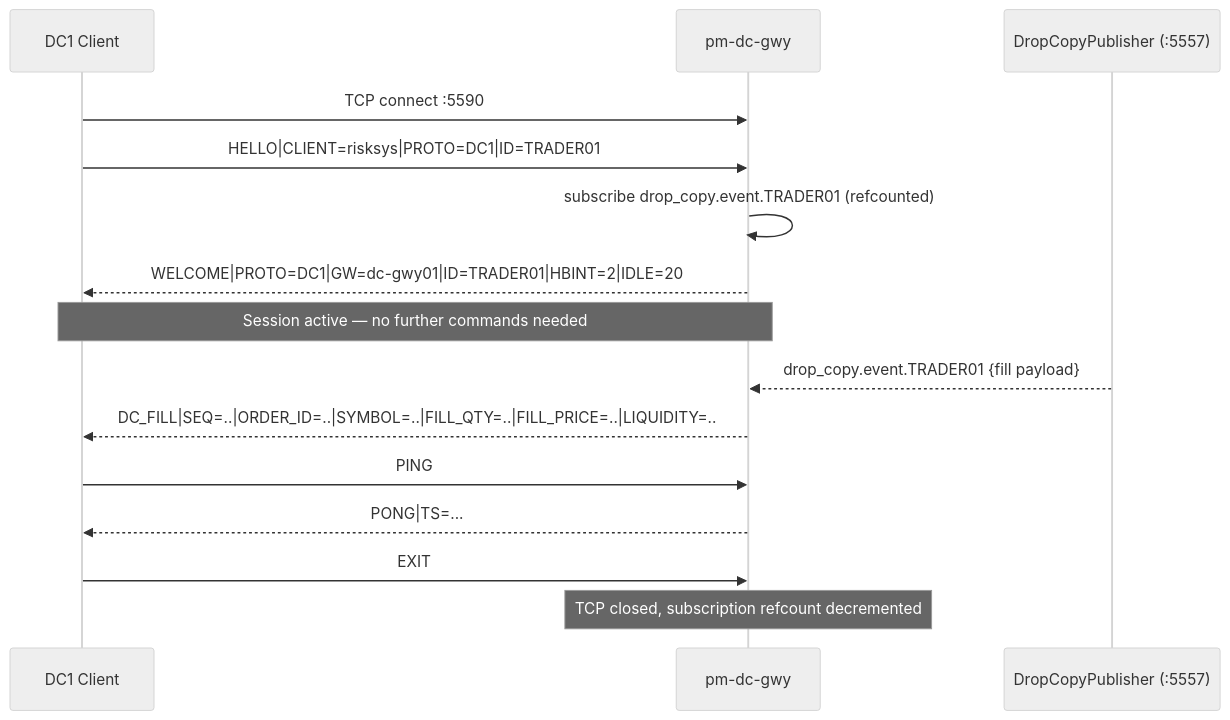
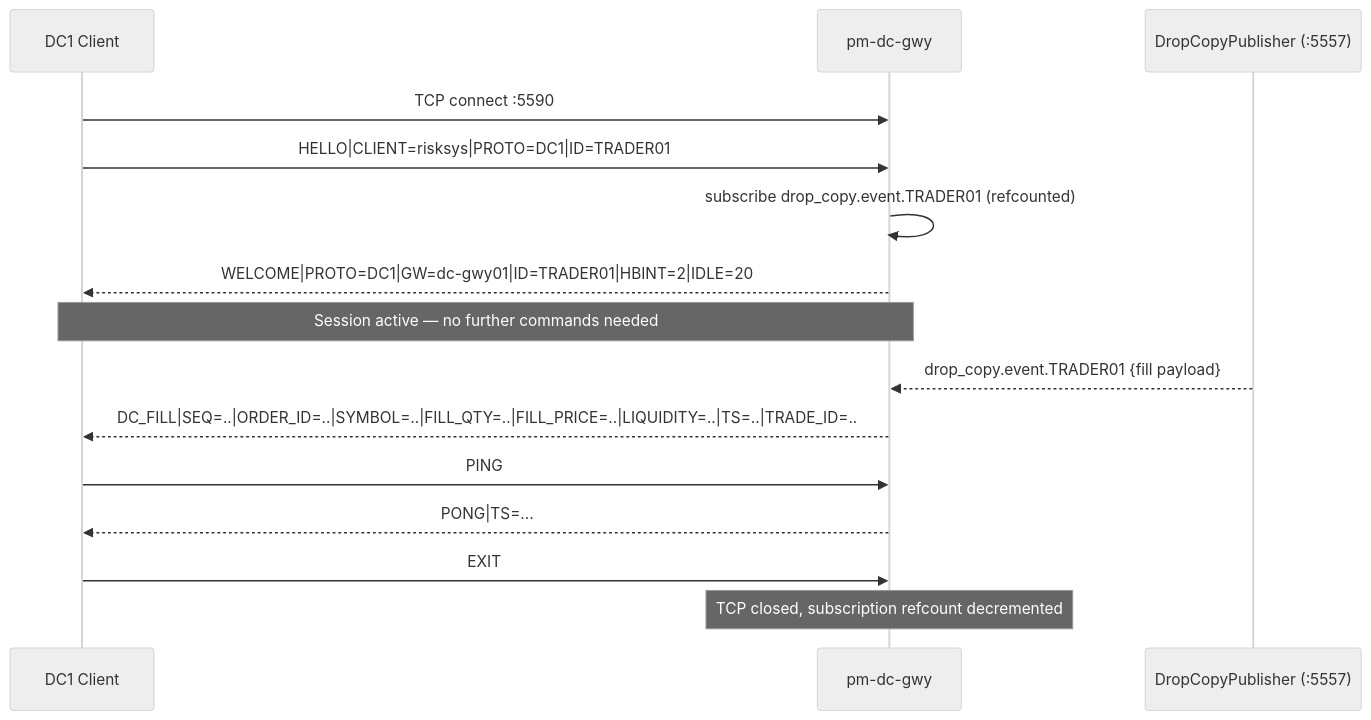
Before and after one commit to johan162/EduMatcher: the second of 2 diagrams in docs/books/operator-guide/part-5-gateways/060-drop-copy-gateway.md, drawn with Mermaid (neutral theme). The commit also changed other lines of this file and 25 other files, not shown here.

````diff
--- a/docs/books/operator-guide/part-5-gateways/060-drop-copy-gateway.md
+++ b/docs/books/operator-guide/part-5-gateways/060-drop-copy-gateway.md
@@ -190,18 +190,18 @@
 ```mermaid
 sequenceDiagram
     participant C as DC1 Client
     participant G as pm-dc-gwy
     participant D as DropCopyPublisher (:5557)
 
     C->>G: TCP connect :5590
     C->>G: HELLO|CLIENT=risksys|PROTO=DC1|ID=TRADER01
     G->>G: subscribe drop_copy.event.TRADER01 (refcounted)
     G-->>C: WELCOME|PROTO=DC1|GW=dc-gwy01|ID=TRADER01|HBINT=2|IDLE=20
     Note over C,G: Session active — no further commands needed
     D-->>G: drop_copy.event.TRADER01 {fill payload}
-    G-->>C: DC_FILL|SEQ=..|ORDER_ID=..|SYMBOL=..|FILL_QTY=..|FILL_PRICE=..|LIQUIDITY=..
+    G-->>C: DC_FILL|SEQ=..|ORDER_ID=..|SYMBOL=..|FILL_QTY=..|FILL_PRICE=..|LIQUIDITY=..|TS=..|TRADE_ID=..
     C->>G: PING
     G-->>C: PONG|TS=...
     C->>G: EXIT
     Note over G: TCP closed, subscription refcount decremented
 ```
````
